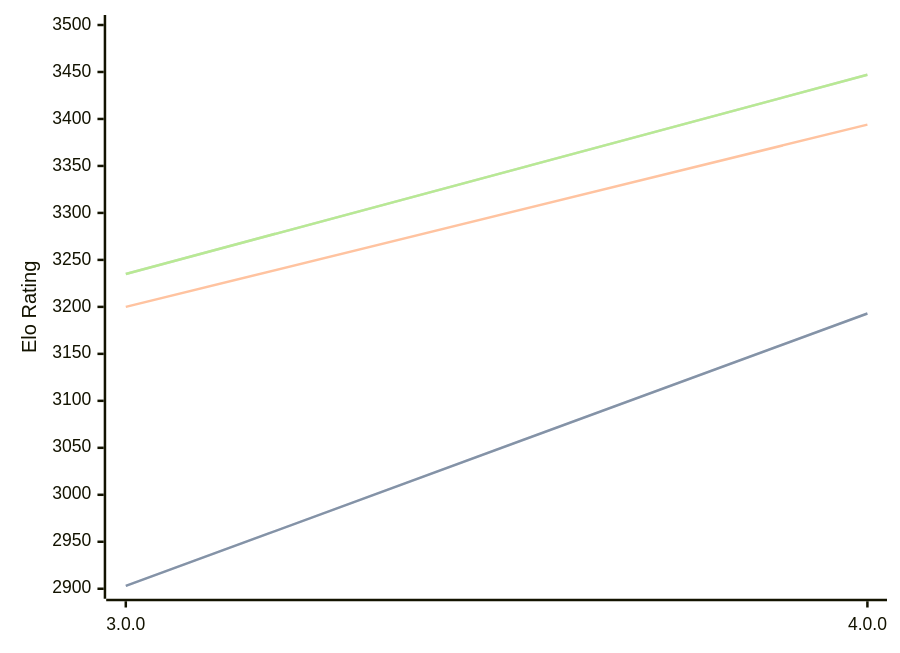
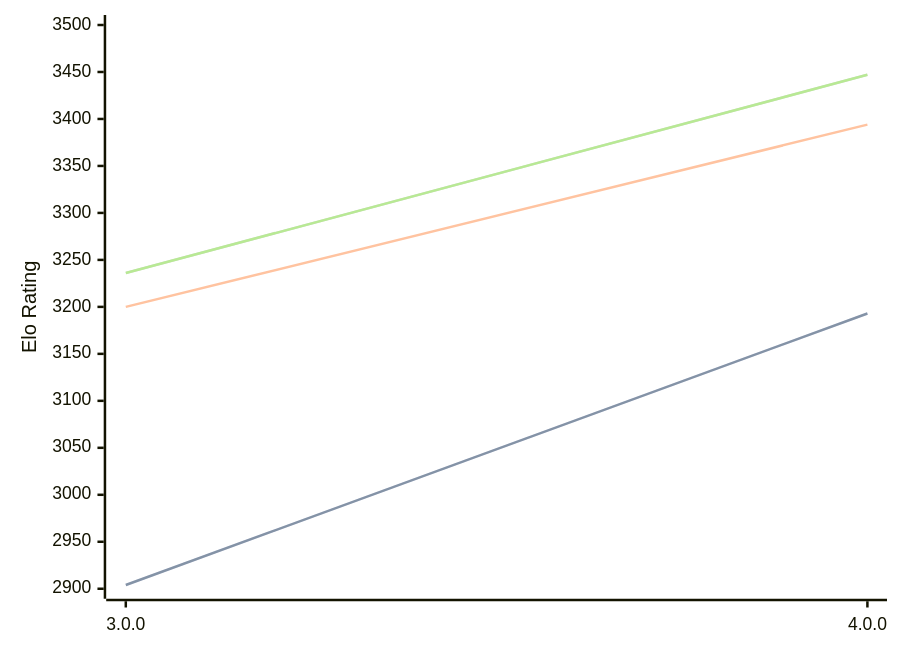
One commit to computer-chess-index/cci changed the diagram in engines/Avalanche.md. Above: the diagram before and after it, drawn with Mermaid. The commit also changed other lines of this file, not shown here.

Commit message:
Update CCI Ratings (ELO VLTC) - 2026-10-08

````diff
--- a/engines/Avalanche.md
+++ b/engines/Avalanche.md
@@ -32,11 +32,11 @@
 ```mermaid
 %%{init: {"theme":"base","themeVariables":{"seriesColors:['#a3a3a3','#222221','#faa371']}}}%%
 xychart-beta
   x-axis ["3.0.0", "4.0.0"]
   y-axis "Elo Rating" 2900 --> 3500
-  line "" [2903, 3193]
-  line "STC (8.0+0.08s)" [2903, 3193]
+  line "" [2904, 3193]
+  line "STC (8.0+0.08s)" [2904, 3193]
   line "LTC (60.0+0.60s)" [3200, 3394]
-  line "" [3235, 3447]
-  line "VLTC (2m24s+1.12s)" [3235, 3447]
+  line "" [3236, 3447]
+  line "VLTC (2m24s+1.12s)" [3236, 3447]
 ```
````
